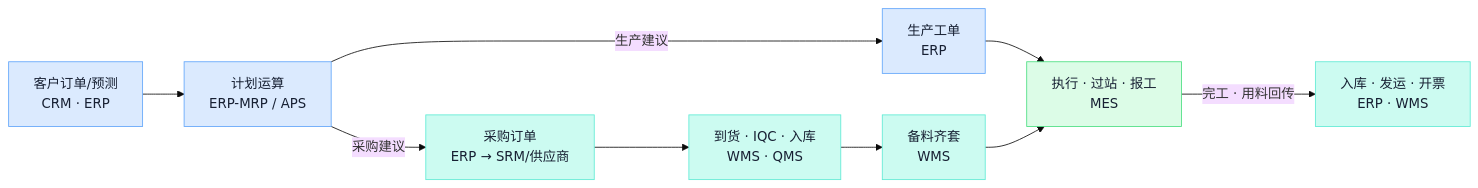
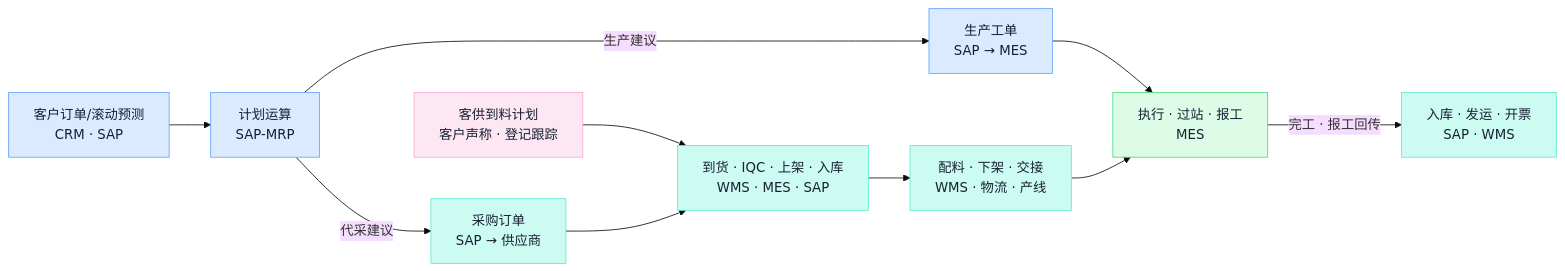
One commit to ink-hz/AI-Manufacturing-Platform changed the sixth of 18 diagrams in docs/manufacturing-system-handbook.md. Above: the diagram before and after it, drawn with Mermaid (base theme). The commit also changed other lines of this file and 9 other files, not shown here.

First line of the commit message:
docs: OEM revision of handbook, architecture, flows and design document

````diff
--- a/docs/manufacturing-system-handbook.md
+++ b/docs/manufacturing-system-handbook.md
@@ -220,17 +424,20 @@
 ```mermaid
 flowchart LR
-    SO[客户订单/预测<br/>CRM · ERP] --> MRP[计划运算<br/>ERP-MRP / APS]
-    MRP -->|采购建议| PO[采购订单<br/>ERP → SRM/供应商]
-    MRP -->|生产建议| WO[生产工单<br/>ERP]
-    PO --> GR[到货 · IQC · 入库<br/>WMS · QMS]
-    GR --> KIT[备料齐套<br/>WMS]
-    WO --> EXE[执行 · 过站 · 报工<br/>MES]
+    SO["客户订单/滚动预测<br/>CRM · SAP"] --> MRP2["计划运算<br/>SAP-MRP"]
+    MRP2 -->|"代采建议"| PO["采购订单<br/>SAP → 供应商"]
+    SUP["客供到料计划<br/>客户声称 · 登记跟踪"] --> GR
+    MRP2 -->|"生产建议"| WO["生产工单<br/>SAP → MES"]
+    PO --> GR["到货 · IQC · 上架 · 入库<br/>WMS · MES · SAP"]
+    GR --> KIT["配料 · 下架 · 交接<br/>WMS · 物流 · 产线"]
+    WO --> EXE["执行 · 过站 · 报工<br/>MES"]
     KIT --> EXE
-    EXE -->|完工 · 用料回传| FIN[入库 · 发运 · 开票<br/>ERP · WMS]
-    class SO,MRP,WO biz
+    EXE -->|"完工 · 报工回传"| FIN["入库 · 发运 · 开票<br/>SAP · WMS"]
+    class SO,MRP2,WO biz
+    class SUP cust
     class PO,GR,KIT,FIN flow
     class EXE exec
     classDef biz fill:#DBEAFE,stroke:#60A5FA,color:#172033;
+    classDef cust fill:#FCE7F3,stroke:#F9A8D4,color:#172033;
     classDef flow fill:#CCFBF1,stroke:#5EEAD4,color:#172033;
     classDef exec fill:#DCFCE7,stroke:#4ADE80,color:#172033;
 ```
````
